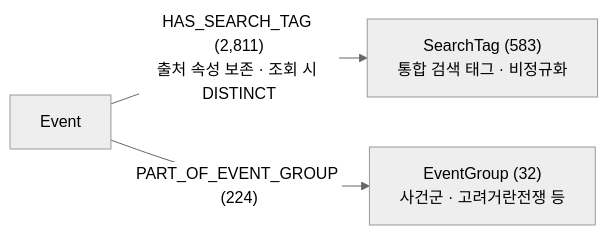
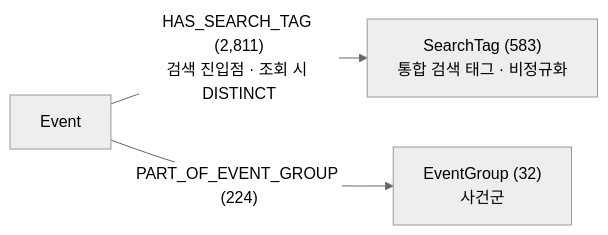
Before and after one commit to SKNETWORKS-FAMILY-AICAMP/SKN27-FINAL-2Team: the seventh of 7 diagrams in docs/neo4j/neo4j_그래프_스키마_mermaid.md, drawn with Mermaid (neutral theme). The commit also changed other lines of this file and 11 other files, not shown here.

````diff
--- a/docs/neo4j/neo4j_그래프_스키마_mermaid.md
+++ b/docs/neo4j/neo4j_그래프_스키마_mermaid.md
@@ -205,9 +209,9 @@
 ```mermaid
 flowchart LR
     Event["Event"]
     SearchTag["SearchTag (583)<br/>통합 검색 태그 · 비정규화"]
-    EventGroup["EventGroup (32)<br/>사건군 · 고려거란전쟁 등"]
+    EventGroup["EventGroup (32)<br/>사건군"]
 
-    Event -->|"HAS_SEARCH_TAG (2,811)<br/>출처 속성 보존 · 조회 시 DISTINCT"| SearchTag
+    Event -->|"HAS_SEARCH_TAG (2,811)<br/>검색 진입점 · 조회 시 DISTINCT"| SearchTag
     Event -->|"PART_OF_EVENT_GROUP (224)"| EventGroup
 ```
````
